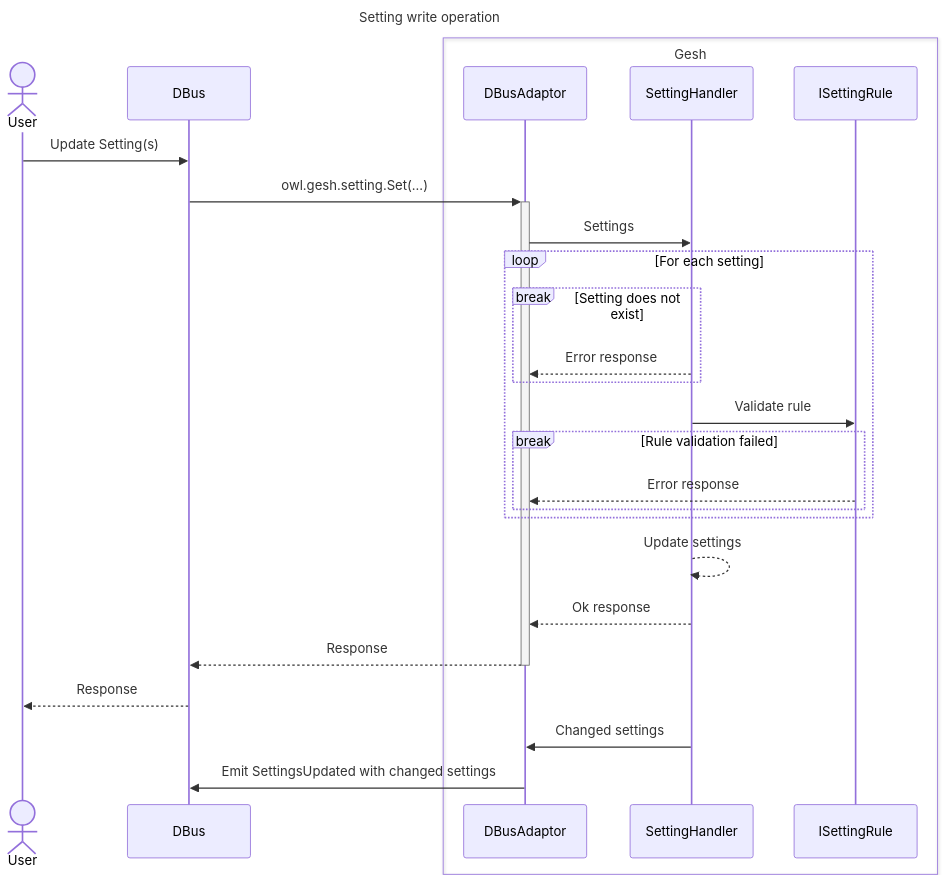
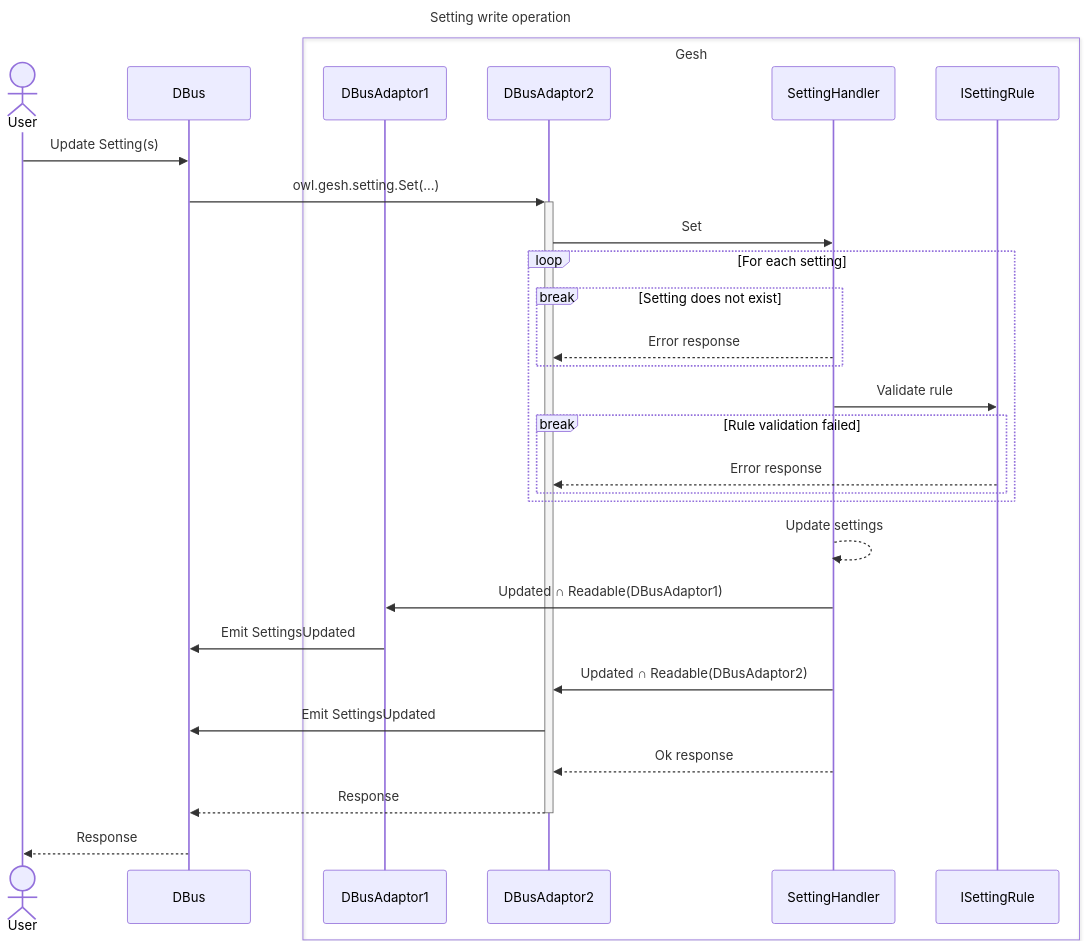
The second of 2 diagrams in README.md (MandusBorjesson/gesh), drawn with Mermaid before and after one commit. The commit also changed other lines of this file and 11 other files, not shown here.

````diff
--- a/README.md
+++ b/README.md
@@ -39,31 +43,37 @@
 ```mermaid
 ---
 title: Setting write operation
 ---
 sequenceDiagram
     actor User
     participant DBus
     box Gesh
-        participant DBusAdaptor
+        participant DBusAdaptor1
+        participant DBusAdaptor2
         participant SettingHandler
         participant ISettingRule
     end
     User->>DBus: Update Setting(s)
-    DBus->>+DBusAdaptor: owl.gesh.setting.Set(...)
-    DBusAdaptor->>SettingHandler: Settings
+    DBus->>+DBusAdaptor2: owl.gesh.setting.Set(...)
+    DBusAdaptor2->>SettingHandler: Set
     loop For each setting
         break Setting does not exist
-            SettingHandler-->>DBusAdaptor: Error response
+            SettingHandler-->>DBusAdaptor2: Error response
         end
         SettingHandler->>ISettingRule: Validate rule
         break Rule validation failed
-            ISettingRule-->>DBusAdaptor: Error response
+            ISettingRule-->>DBusAdaptor2: Error response
         end
     end
     SettingHandler-->>SettingHandler: Update settings
-    SettingHandler-->>DBusAdaptor: Ok response
-    DBusAdaptor-->>-DBus: Response
+
+    SettingHandler->>DBusAdaptor1: Updated ∩ Readable(DBusAdaptor1)
+    DBusAdaptor1->>DBus: Emit SettingsUpdated
+
+    SettingHandler->>DBusAdaptor2: Updated ∩ Readable(DBusAdaptor2)
+    DBusAdaptor2->>DBus: Emit SettingsUpdated
+
+    SettingHandler-->>DBusAdaptor2: Ok response
+    DBusAdaptor2-->>-DBus: Response
     DBus-->>User: Response
-    SettingHandler->>DBusAdaptor: Changed settings
-    DBusAdaptor->>DBus: Emit SettingsUpdated with changed settings
 ```
````
